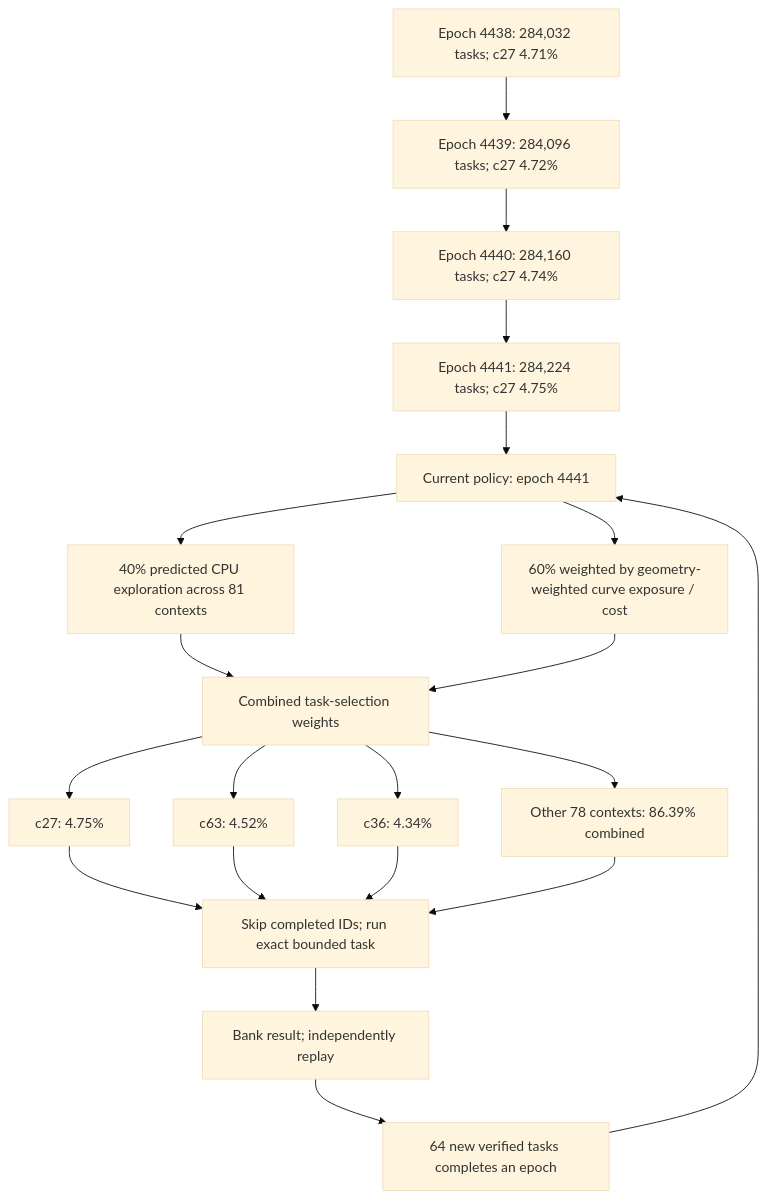
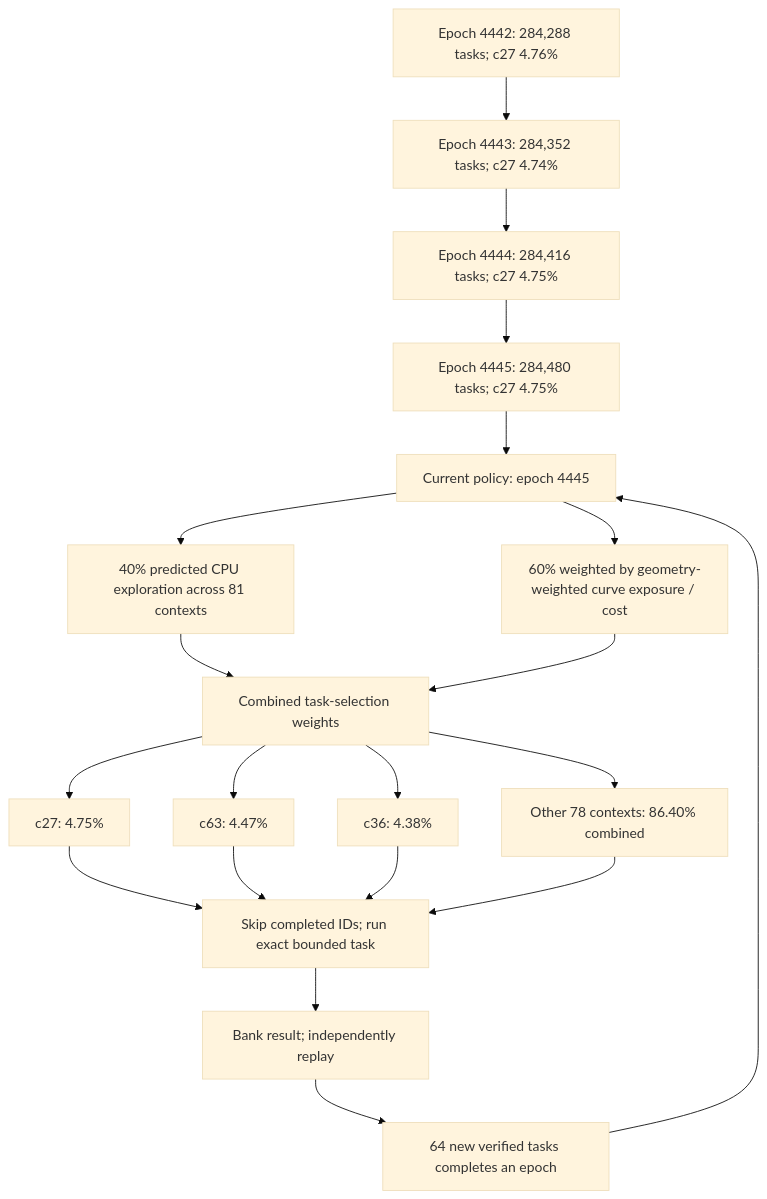
One commit to Kuberwastaken/math-gambling changed the first of 3 diagrams in README.md. Above: the diagram before and after it, drawn with Mermaid (base theme). The commit also changed other lines of this file and 3017 other files, not shown here.

````diff
--- a/README.md
+++ b/README.md
@@ -60,27 +60,27 @@
 ```mermaid
 flowchart TD
-    H0["Epoch 4438: 284,032 tasks; c27 4.71%"]
-    H1["Epoch 4439: 284,096 tasks; c27 4.72%"]
+    H0["Epoch 4442: 284,288 tasks; c27 4.76%"]
+    H1["Epoch 4443: 284,352 tasks; c27 4.74%"]
     H0 --> H1
-    H2["Epoch 4440: 284,160 tasks; c27 4.74%"]
+    H2["Epoch 4444: 284,416 tasks; c27 4.75%"]
     H1 --> H2
-    H3["Epoch 4441: 284,224 tasks; c27 4.75%"]
+    H3["Epoch 4445: 284,480 tasks; c27 4.75%"]
     H2 --> H3
-    Policy["Current policy: epoch 4441"]
+    Policy["Current policy: epoch 4445"]
     H3 --> Policy
     Policy --> Explore["40% predicted CPU exploration across 81 contexts"]
     Policy --> Cost["60% weighted by geometry-weighted curve exposure / cost"]
     Explore --> Mix["Combined task-selection weights"]
     Cost --> Mix
     Mix --> C0["c27: 4.75%"]
-    Mix --> C1["c63: 4.52%"]
-    Mix --> C2["c36: 4.34%"]
-    Mix --> Rest["Other 78 contexts: 86.39% combined"]
+    Mix --> C1["c63: 4.47%"]
+    Mix --> C2["c36: 4.38%"]
+    Mix --> Rest["Other 78 contexts: 86.40% combined"]
     C0 --> Check["Skip completed IDs; run exact bounded task"]
     C1 --> Check
     C2 --> Check
     Rest --> Check
     Check --> Replay["Bank result; independently replay"]
     Replay --> Gate["64 new verified tasks completes an epoch"]
     Gate --> Policy
 ```
````
